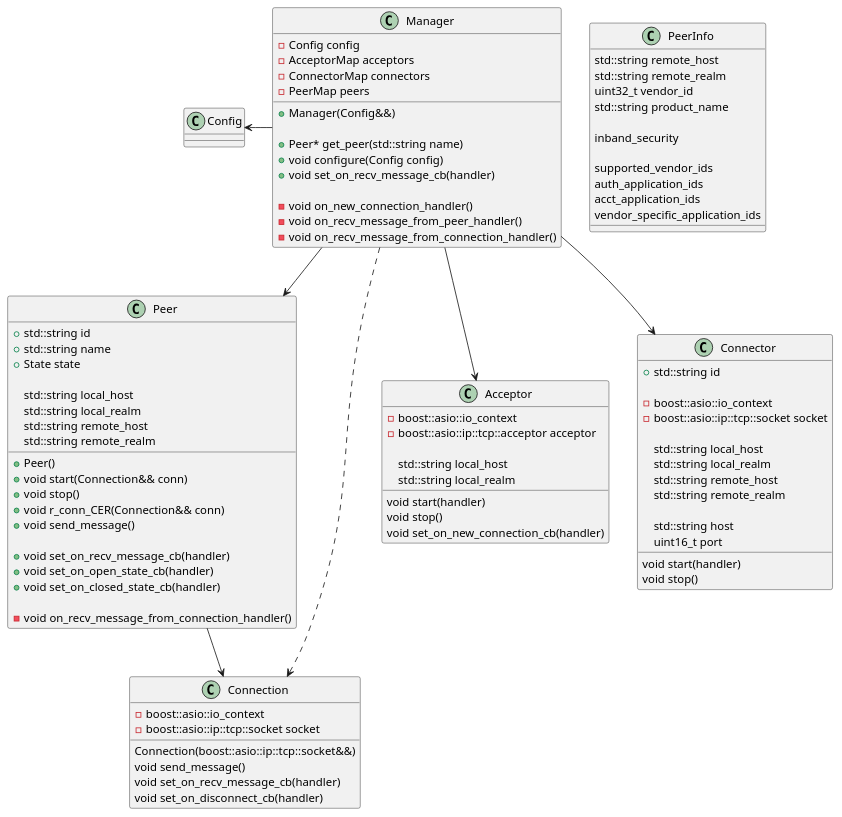
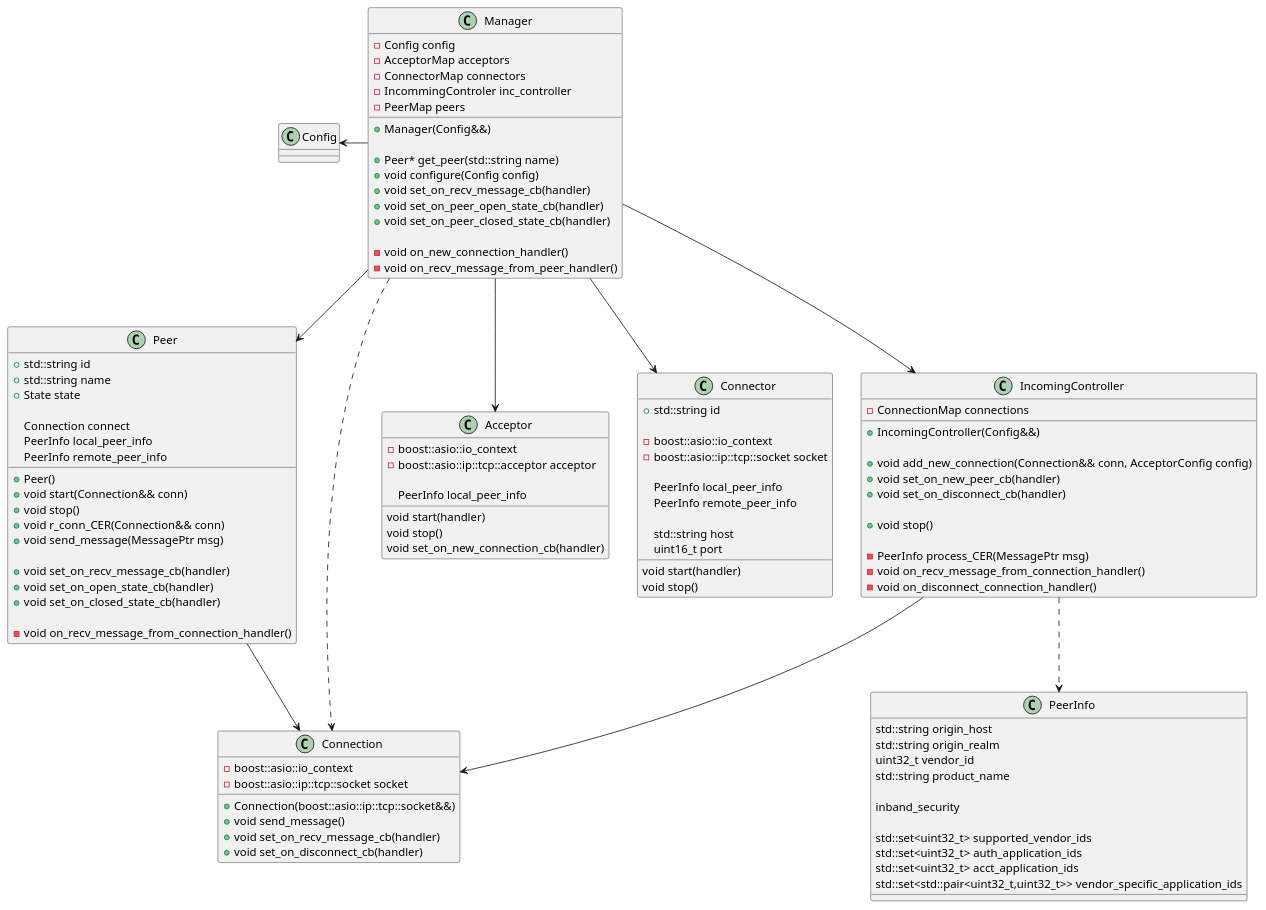
Before and after one commit to VolkDS/diameter: the diagram in docs/index.md, drawn with PlantUML. The commit also changed 12 other files, not shown here.

````diff
--- a/docs/index.md
+++ b/docs/index.md
@@ -5,17 +5,17 @@
 ```plantuml
 @startuml
 Class PeerInfo {
-  std::string remote_host
-  std::string remote_realm
+  std::string origin_host
+  std::string origin_realm
   uint32_t vendor_id
   std::string product_name
 
   inband_security
 
-  supported_vendor_ids
-  auth_application_ids
-  acct_application_ids
-  vendor_specific_application_ids
+  std::set<uint32_t> supported_vendor_ids
+  std::set<uint32_t> auth_application_ids
+  std::set<uint32_t> acct_application_ids
+  std::set<std::pair<uint32_t,uint32_t>> vendor_specific_application_ids
 }
 
 Class Peer {
@@ -23,16 +23,15 @@
   +std::string name
   +State state
 
-  std::string local_host
-  std::string local_realm
-  std::string remote_host
-  std::string remote_realm
+  Connection connect
+  PeerInfo local_peer_info
+  PeerInfo remote_peer_info
 
   +Peer()
   +void start(Connection&& conn)
   +void stop()
   +void r_conn_CER(Connection&& conn)
-  +void send_message()
+  +void send_message(MessagePtr msg)
 
   +void set_on_recv_message_cb(handler)
   +void set_on_open_state_cb(handler)
@@ -45,33 +44,31 @@
   -boost::asio::io_context
   -boost::asio::ip::tcp::socket socket
 
-  Connection(boost::asio::ip::tcp::socket&&)
-  void send_message()
-  void set_on_recv_message_cb(handler)
-  void set_on_disconnect_cb(handler)
+  +Connection(boost::asio::ip::tcp::socket&&)
+  +void send_message()
+  +void set_on_recv_message_cb(handler)
+  +void set_on_disconnect_cb(handler)
 }
 
 Class Acceptor {
   -boost::asio::io_context
   -boost::asio::ip::tcp::acceptor acceptor
 
-  std::string local_host
-  std::string local_realm
+  PeerInfo local_peer_info
 
   void start(handler)
   void stop()
   void set_on_new_connection_cb(handler)
 }
+
 Class Connector {
   +std::string id
 
   -boost::asio::io_context
   -boost::asio::ip::tcp::socket socket
 
-  std::string local_host
-  std::string local_realm
-  std::string remote_host
-  std::string remote_realm
+  PeerInfo local_peer_info
+  PeerInfo remote_peer_info
 
   std::string host
   uint16_t port
@@ -79,10 +76,12 @@
   void start(handler)
   void stop()
 }
+
 Class Manager {
   -Config config
   -AcceptorMap acceptors
   -ConnectorMap connectors
+  -IncommingControler inc_controller
   -PeerMap peers
 
   +Manager(Config&&)
@@ -90,10 +89,27 @@
   +Peer* get_peer(std::string name)
   +void configure(Config config)
   +void set_on_recv_message_cb(handler)
+  +void set_on_peer_open_state_cb(handler)
+  +void set_on_peer_closed_state_cb(handler)
 
   -void on_new_connection_handler()
   -void on_recv_message_from_peer_handler()
+}
+
+Class IncomingController {
+  -ConnectionMap connections
+
+  +IncomingController(Config&&)
+
+  +void add_new_connection(Connection&& conn, AcceptorConfig config)
+  +void set_on_new_peer_cb(handler)
+  +void set_on_disconnect_cb(handler)
+
+  +void stop()
+
+  -PeerInfo process_CER(MessagePtr msg)
   -void on_recv_message_from_connection_handler()
+  -void on_disconnect_connection_handler()
 }
 
 Peer-->Connection
@@ -101,6 +117,9 @@
 Manager-->Connector
 Manager-->Peer
 Manager..>Connection
+Manager-->IncomingController
 Config<-Manager
+IncomingController-->Connection
+IncomingController..>PeerInfo
 @enduml
 ```
````
